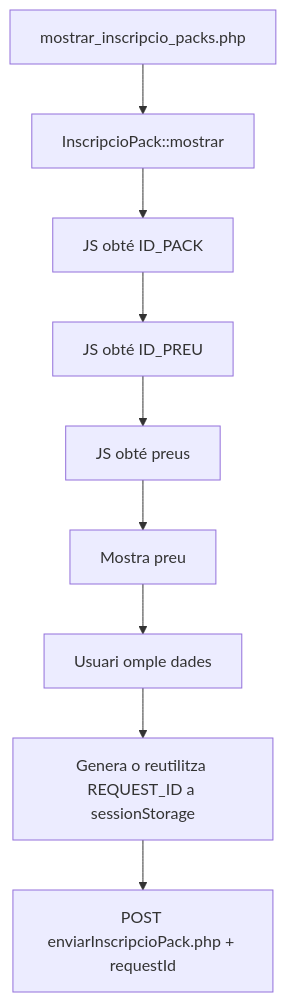
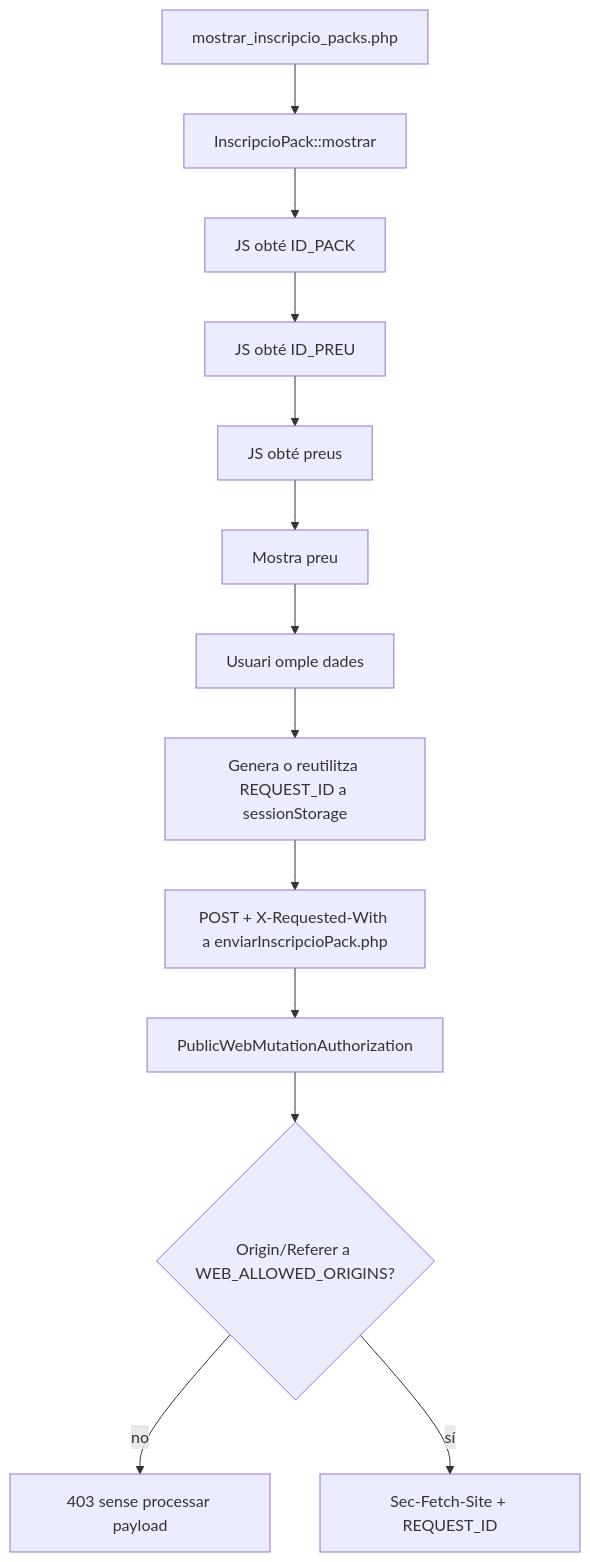
The fifth of 20 diagrams in documentacio/07-uml-integrat/uc-015-activitats-pagines-pack-actual-final.md (orgmeriemprismacat-del/verifactu), drawn with Mermaid before and after one commit. The commit also changed other lines of this file, not shown here.

````diff
--- a/documentacio/07-uml-integrat/uc-015-activitats-pagines-pack-actual-final.md
+++ b/documentacio/07-uml-integrat/uc-015-activitats-pagines-pack-actual-final.md
@@ -72,11 +72,15 @@
 ```mermaid
 flowchart TD
 A[mostrar_inscripcio_packs.php] --> B[InscripcioPack::mostrar]
 B --> C[JS obté ID_PACK]
 C --> D[JS obté ID_PREU]
 D --> E[JS obté preus]
 E --> F[Mostra preu]
 F --> G[Usuari omple dades]
 G --> H[Genera o reutilitza REQUEST_ID a sessionStorage]
-H --> I[POST enviarInscripcioPack.php + requestId]
+H --> I[POST + X-Requested-With a enviarInscripcioPack.php]
+I --> J[PublicWebMutationAuthorization]
+J --> K{Origin/Referer a WEB_ALLOWED_ORIGINS?}
+K -- no --> L[403 sense processar payload]
+K -- sí --> M[Sec-Fetch-Site + REQUEST_ID]
 ```
````
